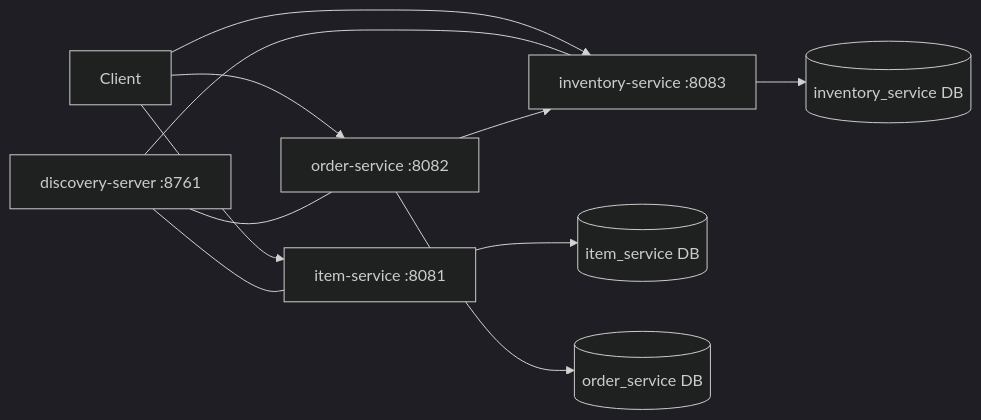
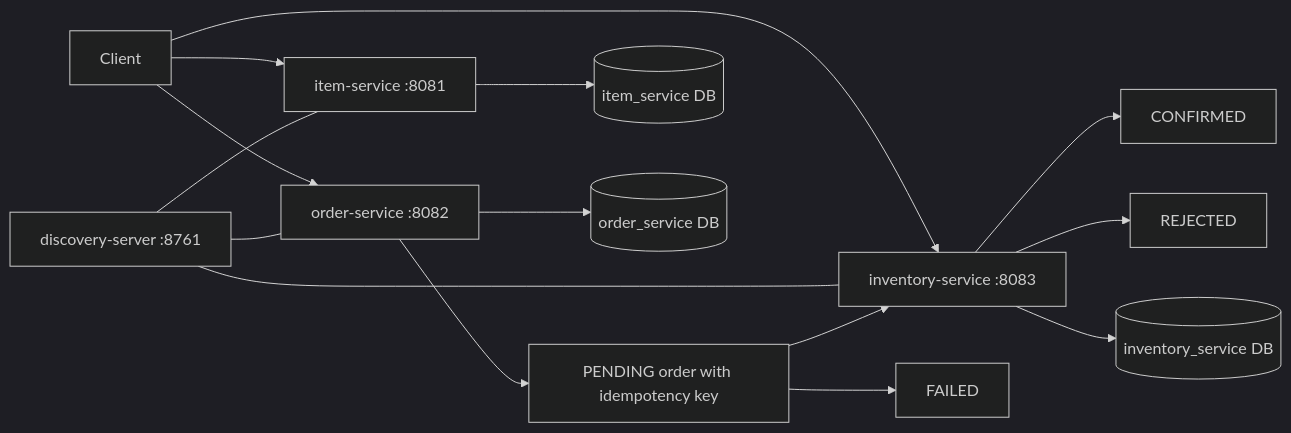
The diagram in README.md (byte2code/cnkart), drawn with Mermaid (dark theme) before and after one commit. The commit also changed other lines of this file and 10 other files, not shown here.

Commit message:
Add order lifecycle and idempotency

````diff
--- a/README.md
+++ b/README.md
@@ -152,15 +188,19 @@
 ```mermaid
 flowchart LR
     Client[Client] --> Order["order-service :8082"]
     Client --> Item["item-service :8081"]
     Client --> Inventory["inventory-service :8083"]
 
     Discovery["discovery-server :8761"] --- Item
     Discovery --- Inventory
     Discovery --- Order
 
-    Order --> Inventory
+    Order --> Pending["PENDING order with idempotency key"]
+    Pending --> Inventory
+    Inventory --> Confirmed["CONFIRMED"]
+    Inventory --> Rejected["REJECTED"]
+    Pending --> Failed["FAILED"]
     Item --> ItemDB[(item_service DB)]
     Inventory --> InvDB[(inventory_service DB)]
     Order --> OrderDB[(order_service DB)]
 ```
````
